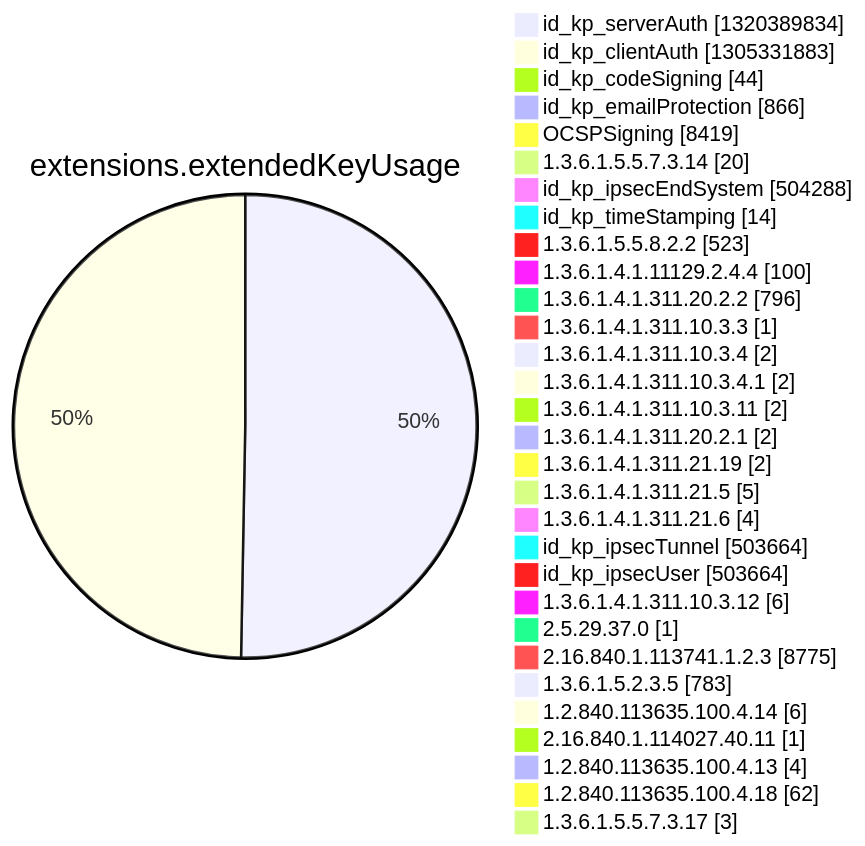
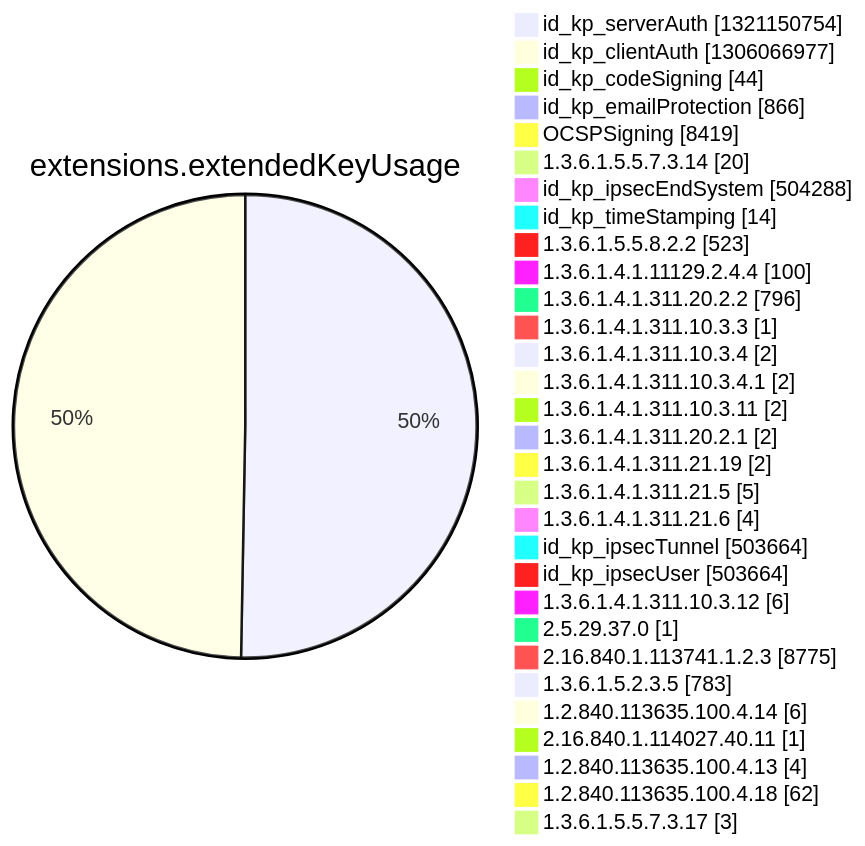
One commit to christiankrug/ctmonitor_visualization changed diagram 12 of 15 in argon2022/README.md. Above: the diagram before and after it, drawn with Mermaid. The commit also changed other lines of this file, not shown here.

````diff
--- a/argon2022/README.md
+++ b/argon2022/README.md
@@ -3552,34 +3553,34 @@
 ```mermaid
 pie showData
 title extensions.extendedKeyUsage
-"id_kp_serverAuth" :1320389834
-"id_kp_clientAuth" :1305331883
+"id_kp_serverAuth" :1321150754
+"id_kp_clientAuth" :1306066977
 "id_kp_codeSigning" :44
 "id_kp_emailProtection" :866
 "OCSPSigning" :8419
 "1.3.6.1.5.5.7.3.14" :20
 "id_kp_ipsecEndSystem" :504288
 "id_kp_timeStamping" :14
 "1.3.6.1.5.5.8.2.2" :523
 "1.3.6.1.4.1.11129.2.4.4" :100
 "1.3.6.1.4.1.311.20.2.2" :796
 "1.3.6.1.4.1.311.10.3.3" :1
 "1.3.6.1.4.1.311.10.3.4" :2
 "1.3.6.1.4.1.311.10.3.4.1" :2
 "1.3.6.1.4.1.311.10.3.11" :2
 "1.3.6.1.4.1.311.20.2.1" :2
 "1.3.6.1.4.1.311.21.19" :2
 "1.3.6.1.4.1.311.21.5" :5
 "1.3.6.1.4.1.311.21.6" :4
 "id_kp_ipsecTunnel" :503664
 "id_kp_ipsecUser" :503664
 "1.3.6.1.4.1.311.10.3.12" :6
 "2.5.29.37.0" :1
 "2.16.840.1.113741.1.2.3" :8775
 "1.3.6.1.5.2.3.5" :783
 "1.2.840.113635.100.4.14" :6
 "2.16.840.1.114027.40.11" :1
 "1.2.840.113635.100.4.13" :4
 "1.2.840.113635.100.4.18" :62
 "1.3.6.1.5.5.7.3.17" :3
 ```
````
